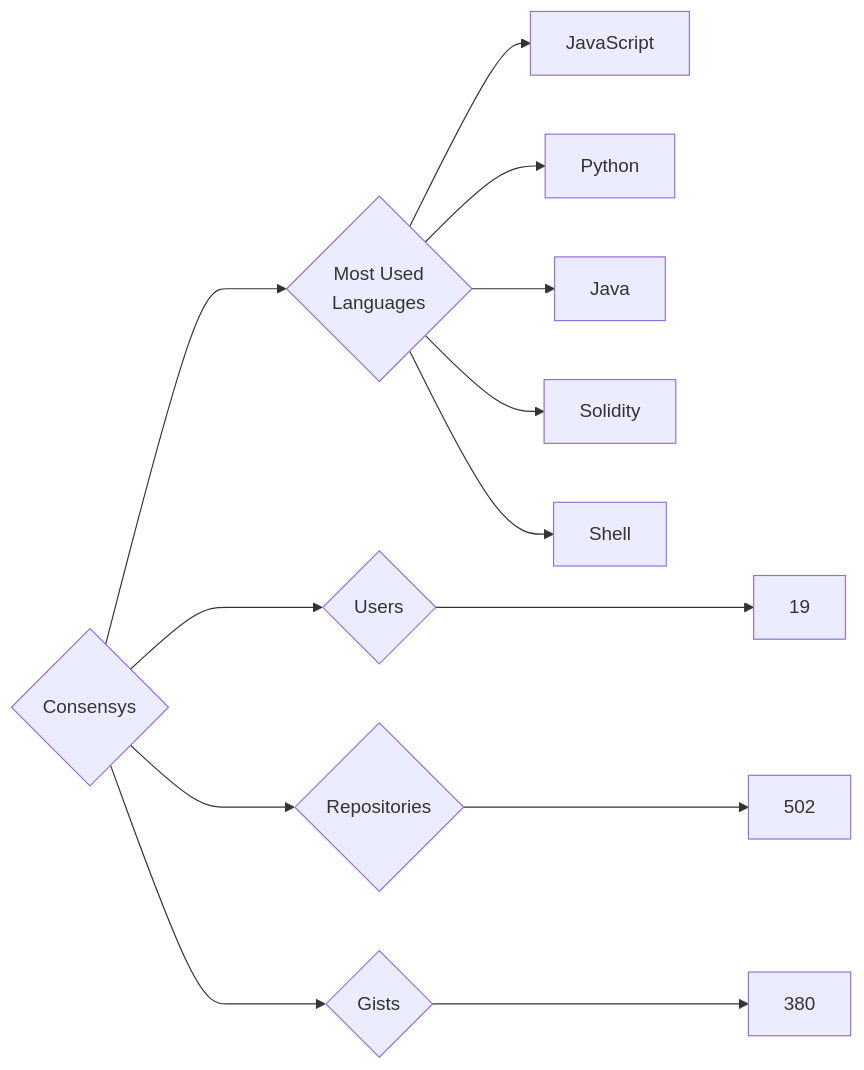
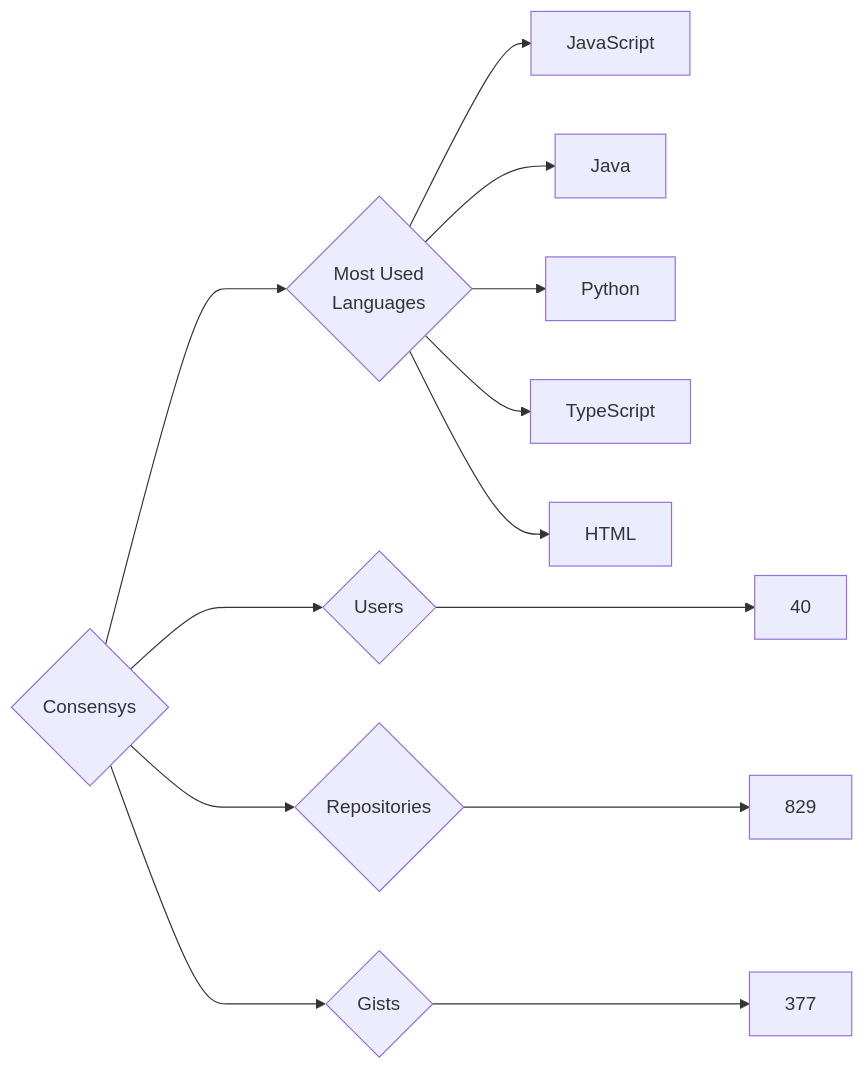
One commit to trickest/insiders changed the diagram in targets/Consensys/README.md. Above: the diagram before and after it, drawn with Mermaid. The commit also changed 838 other files, not shown here.

````diff
--- a/targets/Consensys/README.md
+++ b/targets/Consensys/README.md
@@ -3,13 +3,13 @@
 ```mermaid
 graph LR
 COMPANY_NAME{Consensys}
-COMPANY_NAME ---> U{Users} ---> UN[19]
-COMPANY_NAME ---> R{Repositories} ---> RN[502]
-COMPANY_NAME ---> G{Gists} ---> GN[380]
+COMPANY_NAME ---> U{Users} ---> UN[40]
+COMPANY_NAME ---> R{Repositories} ---> RN[829]
+COMPANY_NAME ---> G{Gists} ---> GN[377]
 COMPANY_NAME ---> ML{Most Used<br>Languages}
 ML --> JavaScript[JavaScript]
+ML --> Java[Java]
 ML --> Python[Python]
-ML --> Java[Java]
-ML --> Solidity[Solidity]
-ML --> Shell[Shell]
+ML --> TypeScript[TypeScript]
+ML --> HTML[HTML]
 ```
````
